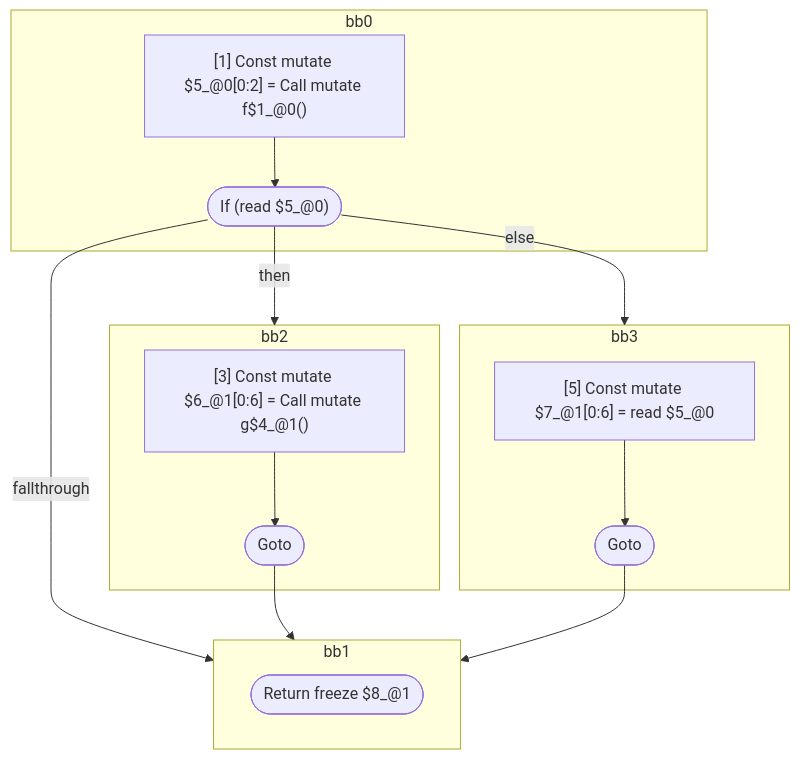
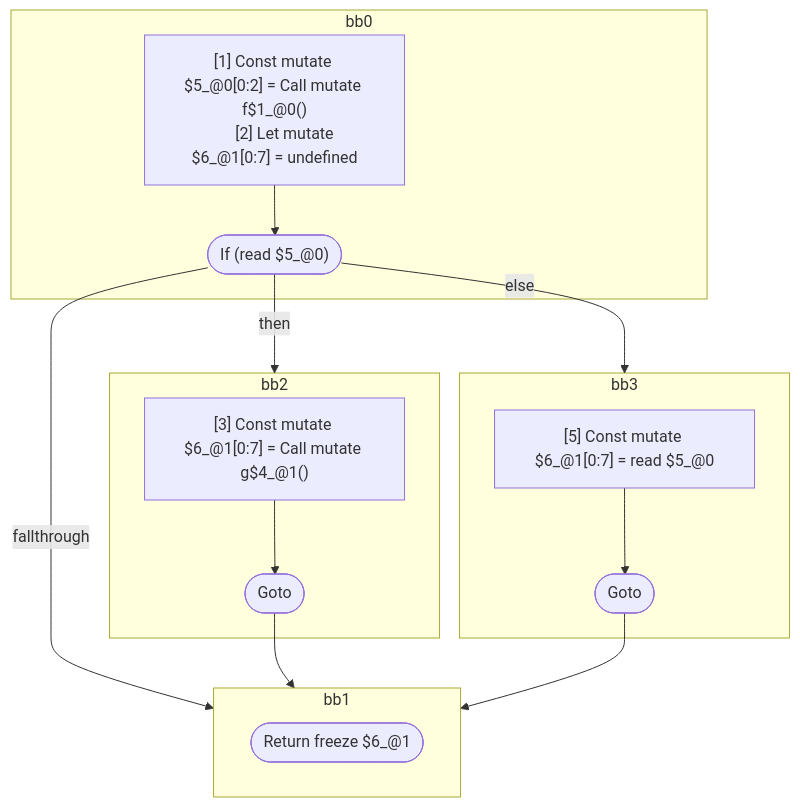
One commit to wutsmog/private changed the first of 5 diagrams in compiler/forget/src/__tests__/fixtures/hir/logical-expression.expect.md. Above: the diagram before and after it, drawn with Mermaid. The commit also changed other lines of this file and 61 other files, not shown here.

````diff
--- a/compiler/forget/src/__tests__/fixtures/hir/logical-expression.expect.md
+++ b/compiler/forget/src/__tests__/fixtures/hir/logical-expression.expect.md
@@ -45,33 +45,34 @@
 ```mermaid
 flowchart TB
   %% Basic Blocks
   subgraph bb0
     bb0_instrs["
       [1] Const mutate $5_@0[0:2] = Call mutate f$1_@0()
+      [2] Let mutate $6_@1[0:7] = undefined
     "]
     bb0_instrs --> bb0_terminal(["If (read $5_@0)"])
   end
   subgraph bb2
     bb2_instrs["
-      [3] Const mutate $6_@1[0:6] = Call mutate g$4_@1()
+      [3] Const mutate $6_@1[0:7] = Call mutate g$4_@1()
     "]
     bb2_instrs --> bb2_terminal(["Goto"])
   end
   subgraph bb3
     bb3_instrs["
-      [5] Const mutate $7_@1[0:6] = read $5_@0
+      [5] Const mutate $6_@1[0:7] = read $5_@0
     "]
     bb3_instrs --> bb3_terminal(["Goto"])
   end
   subgraph bb1
-    bb1_terminal(["Return freeze $8_@1"])
+    bb1_terminal(["Return freeze $6_@1"])
   end
 
   %% Jumps
   bb0_terminal -- "then" --> bb2
   bb0_terminal -- "else" --> bb3
   bb0_terminal -- "fallthrough" --> bb1
   bb2_terminal --> bb1
   bb3_terminal --> bb1
 
 ```
````
